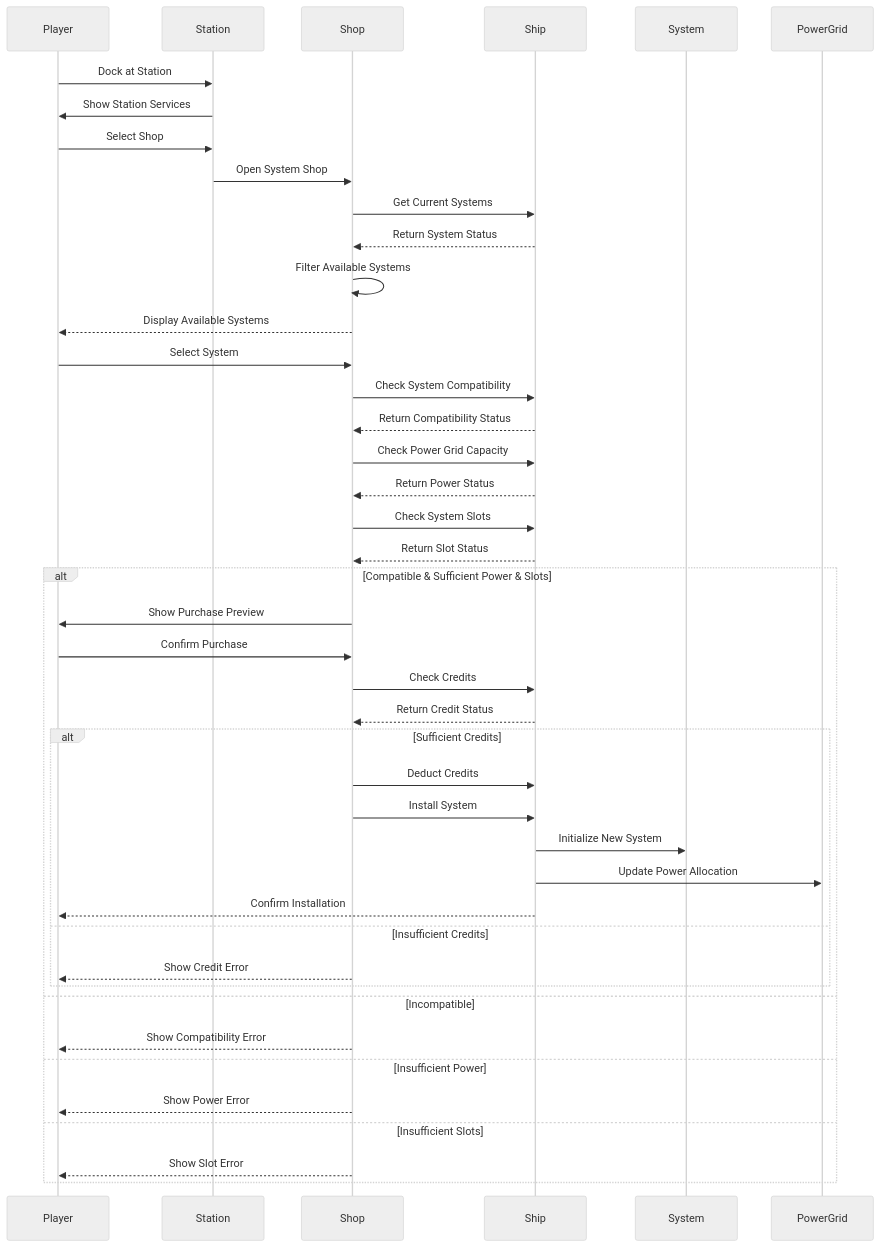
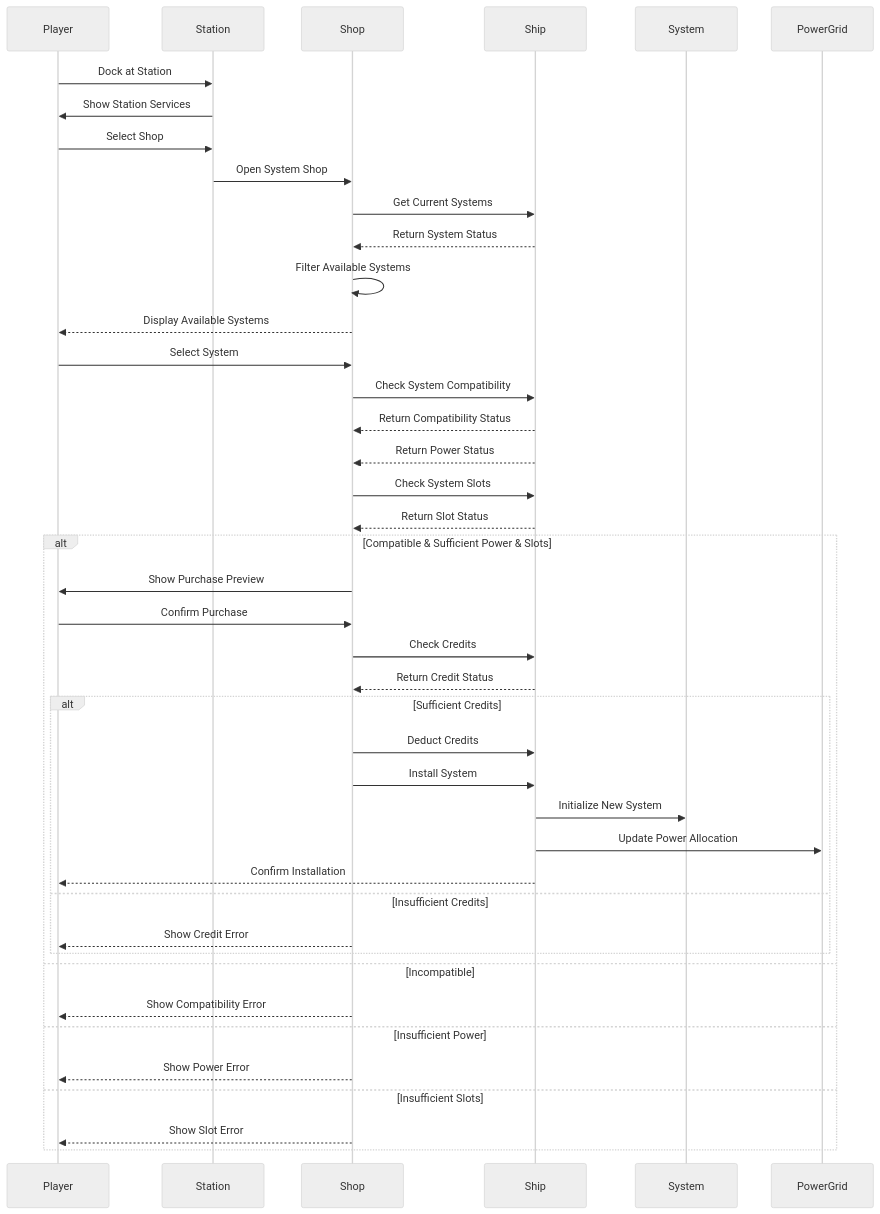
Diagram 15 of 15 in docs/tech_design.md (thoracle/planetz), drawn with Mermaid (neutral theme) before and after one commit. The commit also changed other lines of this file and 20 other files, not shown here.

````diff
--- a/docs/tech_design.md
+++ b/docs/tech_design.md
@@ -1093,53 +1052,52 @@
 ```mermaid
 sequenceDiagram
     participant Player
     participant Station
     participant Shop
     participant Ship
     participant System
     participant PowerGrid
 
     Player->>Station: Dock at Station
     Station->>Player: Show Station Services
     Player->>Station: Select Shop
     Station->>Shop: Open System Shop
     
     Shop->>Ship: Get Current Systems
     Ship-->>Shop: Return System Status
     
     Shop->>Shop: Filter Available Systems
     Shop-->>Player: Display Available Systems
     
     Player->>Shop: Select System
     Shop->>Ship: Check System Compatibility
     Ship-->>Shop: Return Compatibility Status
     
-    Shop->>Ship: Check Power Grid Capacity
     Ship-->>Shop: Return Power Status
     
     Shop->>Ship: Check System Slots
     Ship-->>Shop: Return Slot Status
     
     alt Compatible & Sufficient Power & Slots
         Shop->>Player: Show Purchase Preview
         Player->>Shop: Confirm Purchase
         Shop->>Ship: Check Credits
         Ship-->>Shop: Return Credit Status
         
         alt Sufficient Credits
             Shop->>Ship: Deduct Credits
             Shop->>Ship: Install System
             Ship->>System: Initialize New System
             Ship->>PowerGrid: Update Power Allocation
             Ship-->>Player: Confirm Installation
         else Insufficient Credits
             Shop-->>Player: Show Credit Error
         end
     else Incompatible
         Shop-->>Player: Show Compatibility Error
     else Insufficient Power
         Shop-->>Player: Show Power Error
     else Insufficient Slots
         Shop-->>Player: Show Slot Error
     end
 ```
````
